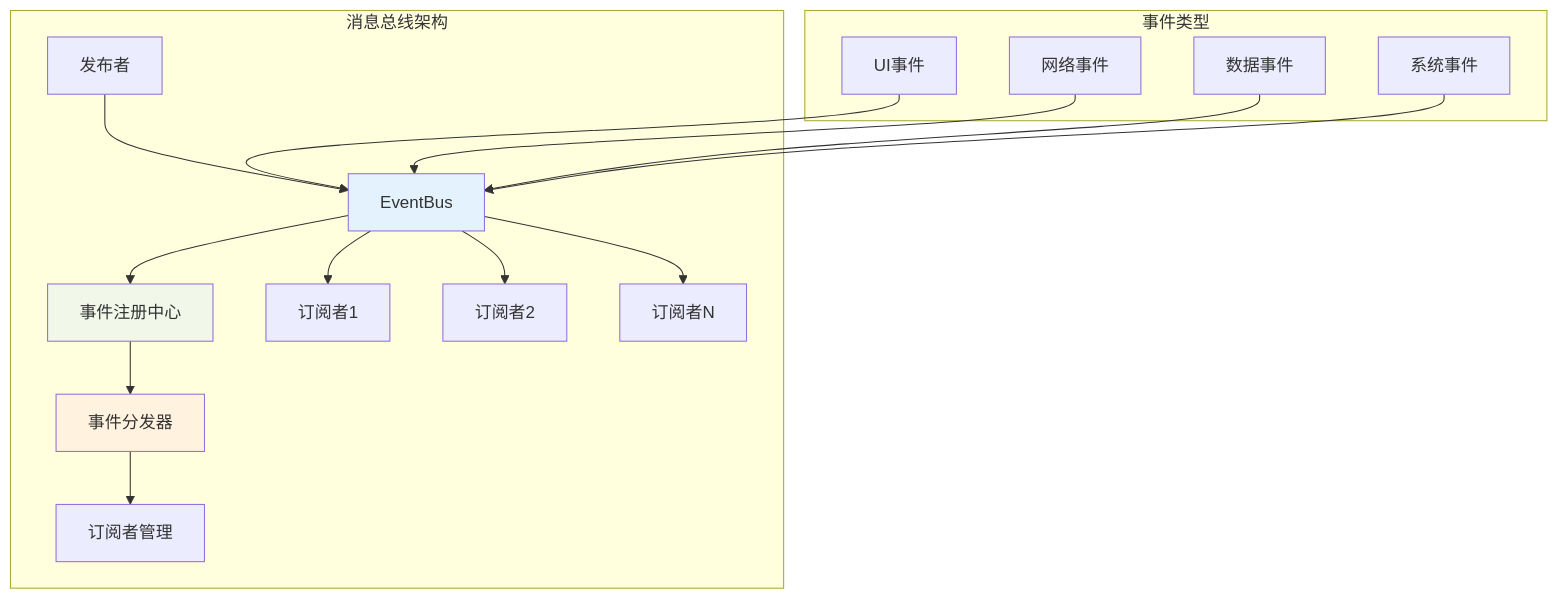
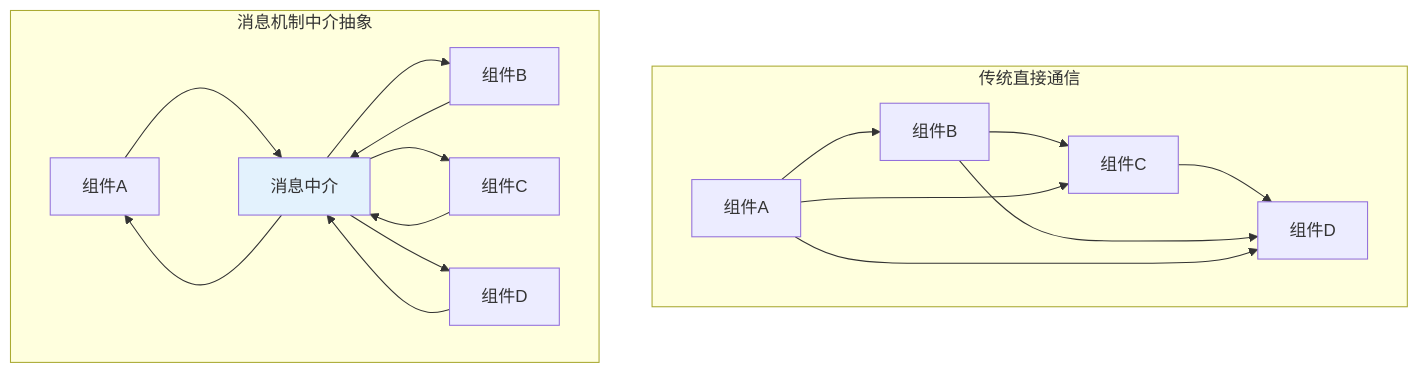
The seventh of 9 diagrams in 00.通用技术的提升/README.md (chongyang211/YCBookBlog), drawn with Mermaid before and after one commit. The commit also changed other lines of this file and 1 other file, not shown here.

````diff
--- a/00.通用技术的提升/README.md
+++ b/00.通用技术的提升/README.md
@@ -749,24 +558,25 @@
 ```mermaid
 graph TB
-    subgraph "消息总线架构"
-        A[EventBus] --> B[事件注册中心]
-        B --> C[事件分发器]
-        C --> D[订阅者管理]
-        
-        E[发布者] --> A
-        A --> F[订阅者1]
-        A --> G[订阅者2]
-        A --> H[订阅者N]
+    subgraph "传统直接通信"
+        A1[组件A] --> B1[组件B]
+        B1 --> C1[组件C]
+        C1 --> D1[组件D]
+        A1 --> C1
+        B1 --> D1
+        A1 --> D1
     end
     
-    subgraph "事件类型"
-        I[UI事件] --> A
-        J[网络事件] --> A
-        K[数据事件] --> A
-        L[系统事件] --> A
+    subgraph "消息机制中介抽象"
+        A2[组件A] --> M[消息中介]
+        B2[组件B] --> M
+        C2[组件C] --> M
+        D2[组件D] --> M
+        
+        M --> A2
+        M --> B2
+        M --> C2
+        M --> D2
     end
     
-    style A fill:#e3f2fd
-    style B fill:#f1f8e9
-    style C fill:#fff3e0
+    style M fill:#e3f2fd
 ```
````
